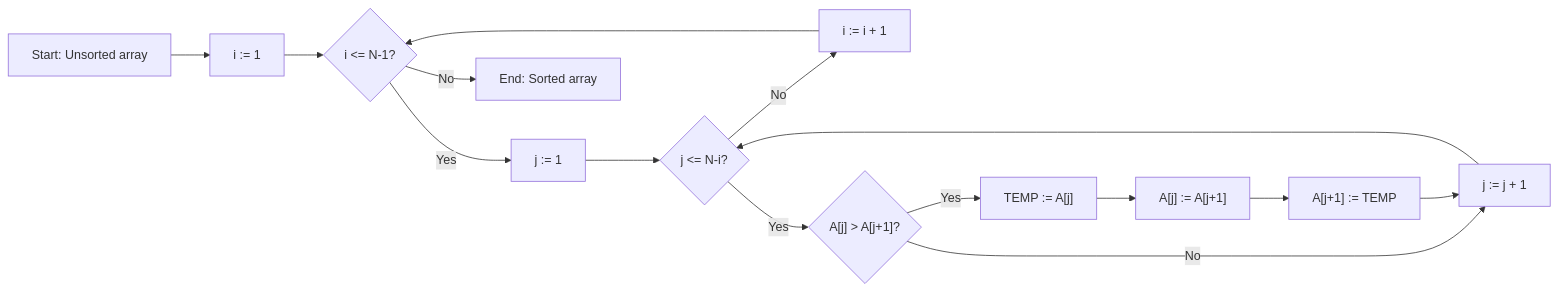
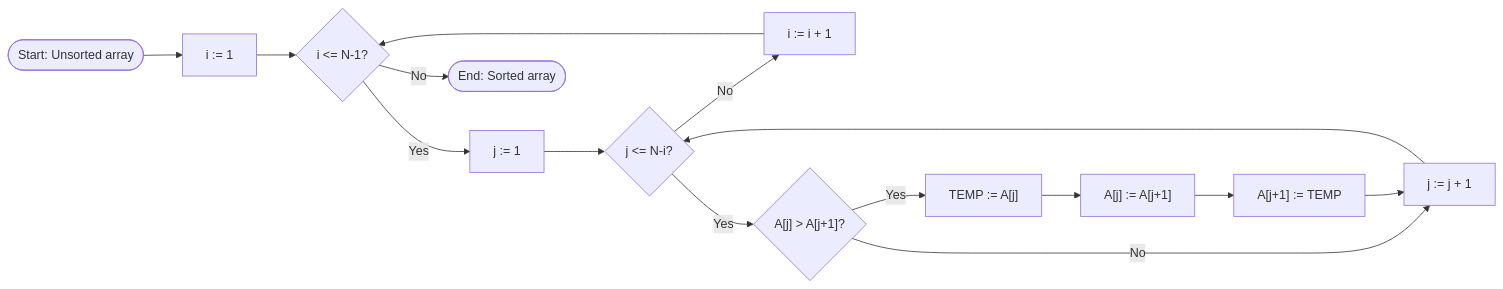
Before and after one commit to MoSzabina/Algorithms: the first of 3 diagrams in algorithms.md, drawn with Mermaid. The commit also changed other lines of this file, not shown here.

````diff
--- a/algorithms.md
+++ b/algorithms.md
@@ -10,17 +10,17 @@
 ```mermaid
 graph LR
-    Start["Start: Unsorted array"] --> InitI["i := 1"]
+    Start(["Start: Unsorted array"]) --> InitI["i := 1"]
     InitI --> CheckI{"i <= N-1?"}
     CheckI -- Yes --> InitJ["j := 1"]
-    CheckI -- No --> End["End: Sorted array"]
+    CheckI -- No --> End(["End: Sorted array"])
     InitJ --> CheckJ{"j <= N-i?"}
     CheckJ -- No --> IncI["i := i + 1"]
     IncI --> CheckI
     CheckJ -- Yes --> Compare{"A[j] > A[j+1]?"}
     Compare -- No --> IncJ["j := j + 1"]
     IncJ --> CheckJ
     Compare -- Yes --> Swap1["TEMP := A[j]"]
     Swap1 --> Swap2["A[j] := A[j+1]"]
     Swap2 --> Swap3["A[j+1] := TEMP"]
     Swap3 --> IncJ
 ```
````
